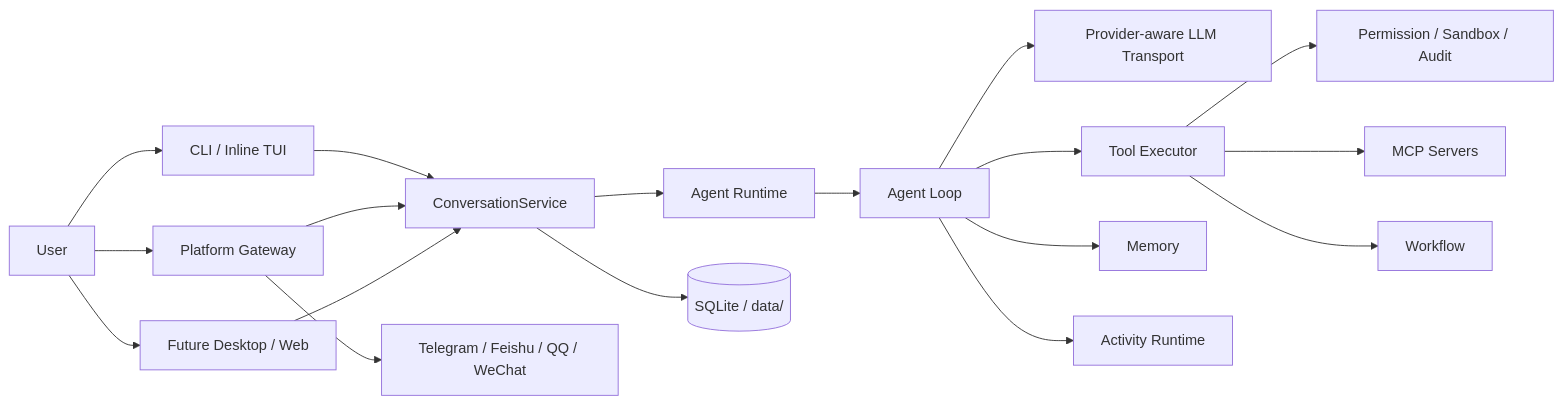
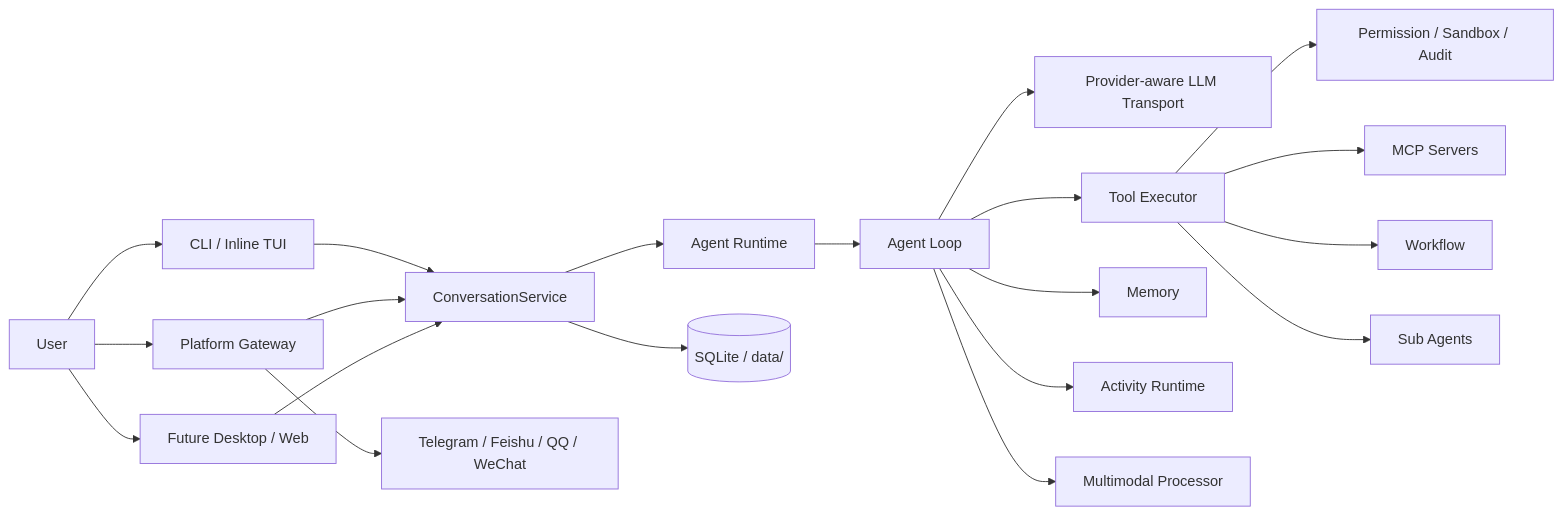
One commit to sjs126y/luna-agent changed the diagram in README.md. Above: the diagram before and after it, drawn with Mermaid. The commit also changed other lines of this file and 1 other file, not shown here.

````diff
--- a/README.md
+++ b/README.md
@@ -19,23 +34,25 @@
 ```mermaid
 flowchart LR
     User[User] --> CLI[CLI / Inline TUI]
     User --> Gateway[Platform Gateway]
     User --> Desktop[Future Desktop / Web]
 
     CLI --> Service[ConversationService]
     Gateway --> Service
     Desktop --> Service
 
     Service --> Runtime[Agent Runtime]
     Runtime --> Loop[Agent Loop]
     Loop --> LLM[Provider-aware LLM Transport]
     Loop --> Tools[Tool Executor]
     Loop --> Memory[Memory]
     Loop --> Activity[Activity Runtime]
+    Loop --> Multi[Multimodal Processor]
 
     Tools --> Guard[Permission / Sandbox / Audit]
     Tools --> MCP[MCP Servers]
     Tools --> Workflow[Workflow]
+    Tools --> SubAgent[Sub Agents]
     Gateway --> Platforms[Telegram / Feishu / QQ / WeChat]
     Service --> Store[(SQLite / data/)]
 ```
````
